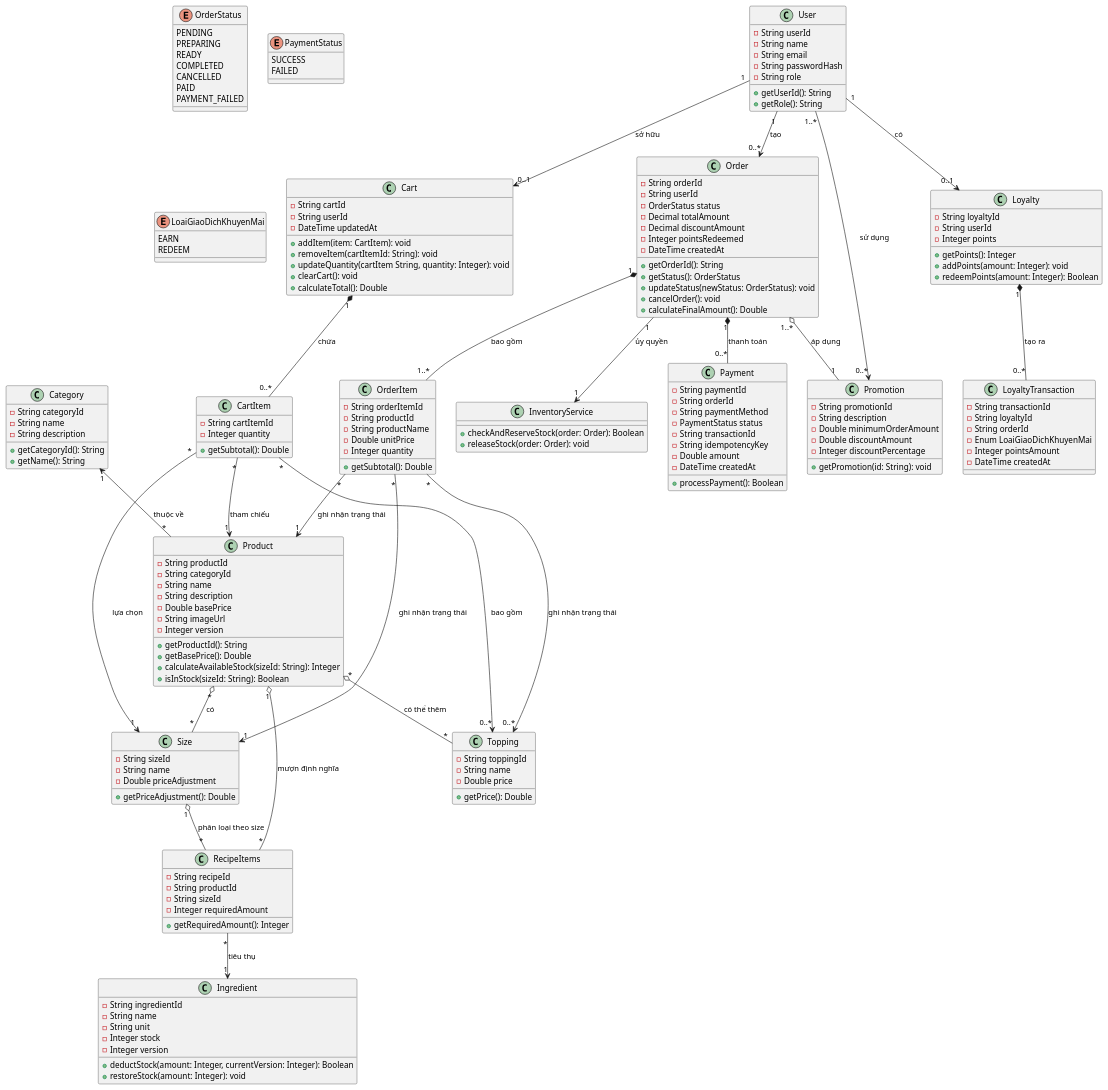
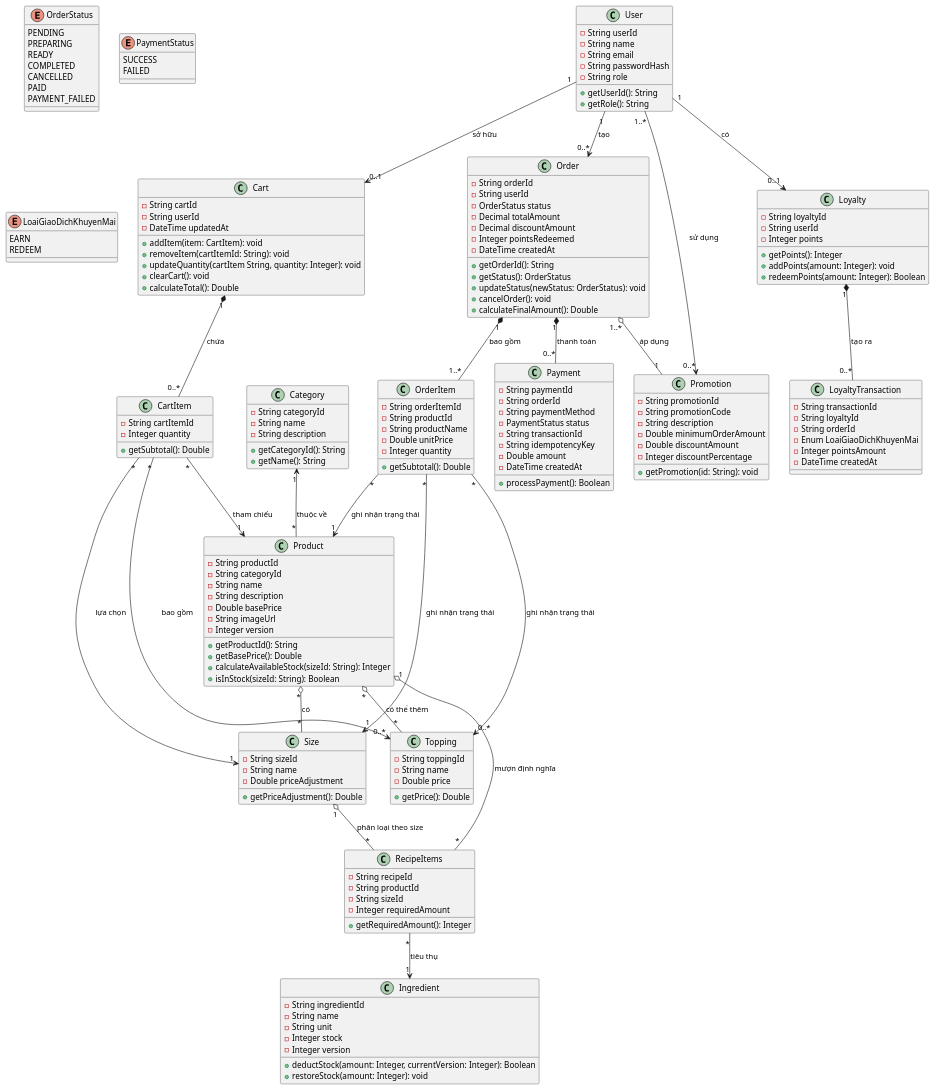
Before and after one commit to Phuc280106/BrewLite2: the diagram in docs/diagrams/class-domain/class-domain.puml, drawn with PlantUML. The commit also changed 1 other file, not shown here.

```diff
--- a/docs/diagrams/class-domain/class-domain.puml
+++ b/docs/diagrams/class-domain/class-domain.puml
@@ -142,6 +142,7 @@
 
 class Promotion {
   - String promotionId
+  - String promotionCode
   - String description
   - Double minimumOrderAmount
   - Double discountAmount
@@ -167,10 +168,7 @@
   + getRequiredAmount(): Integer
 }
 
-class InventoryService {
-  + checkAndReserveStock(order: Order): Boolean 
-  + releaseStock(order: Order): void
-}
+
 
 ' --- Relationships ---
 
@@ -212,7 +210,6 @@
 Size "1" o-- "*" RecipeItems : phân loại theo size
 RecipeItems "*" --> "1" Ingredient : tiêu thụ 
 
-' Concurrency & Inventory management
-Order "1" --> "1" InventoryService : ủy quyền 
+
 
 @enduml
```
